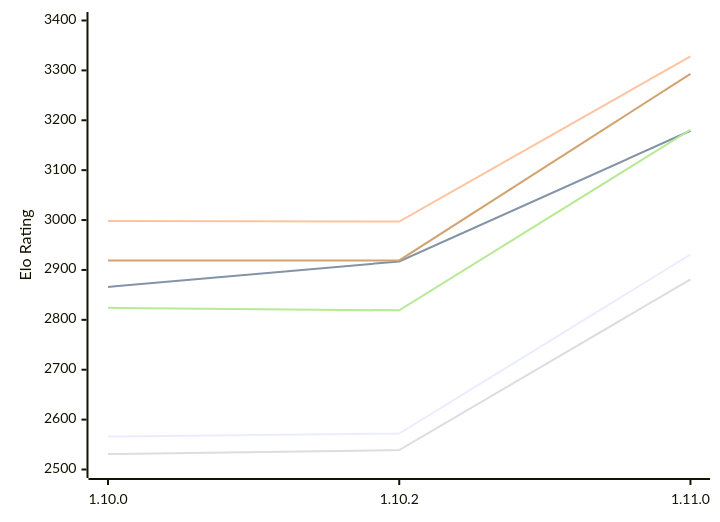
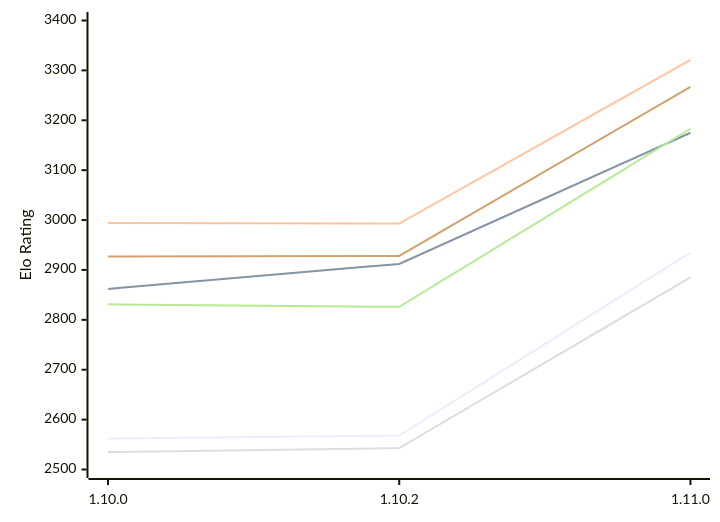
The first of 2 diagrams in engines/Basilisk.md (computer-chess-index/cci), drawn with Mermaid before and after one commit. The commit also changed other lines of this file, not shown here.

Commit message:
Update CCI Ratings (ELO VLTC) - 2026-11-21

````diff
--- a/engines/Basilisk.md
+++ b/engines/Basilisk.md
@@ -63,12 +63,12 @@
 ```mermaid
 %%{init: {"theme":"base","themeVariables":{"seriesColors:['#a3a3a3','#222221','#faa371']}}}%%
 xychart-beta
   x-axis ["1.10.0", "1.10.2", "1.11.0"]
   y-axis "Elo Rating" 2500 --> 3400
-  line "E1: STC (8.0+0.08s)" [2566, 2572, 2931]
-  line "E1: LTC (60.0+0.60s)" [2866, 2917, 3179]
-  line "E1: VLTC (2m24s+1.12s)" [2998, 2997, 3328]
-  line "P1: STC (8.0+0.08s)" [2531, 2539, 2881]
-  line "P1: LTC (60.0+0.60s)" [2824, 2819, 3181]
-  line "P1: VLTC (2m24s+1.12s)" [2919, 2919, 3293]
+  line "E1: STC (8.0+0.08s)" [2562, 2568, 2935]
+  line "E1: LTC (60.0+0.60s)" [2862, 2912, 3175]
+  line "E1: VLTC (2m24s+1.12s)" [2994, 2993, 3321]
+  line "P1: STC (8.0+0.08s)" [2535, 2543, 2885]
+  line "P1: LTC (60.0+0.60s)" [2831, 2826, 3183]
+  line "P1: VLTC (2m24s+1.12s)" [2927, 2928, 3267]
 ```
````
